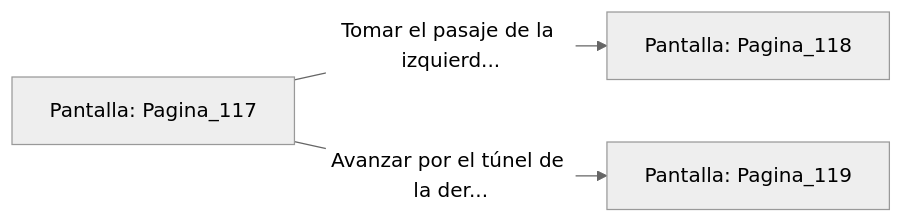
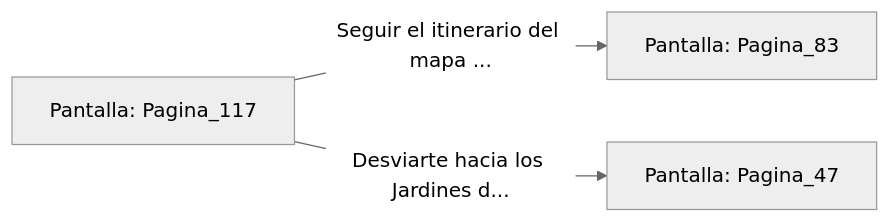
Before and after one commit to metsuke/mpl: the diagram in sample/eligejuego-vault/Pantalla_Pagina_117.md, drawn with Mermaid (neutral theme). The commit also changed other lines of this file and 635 other files, not shown here.

First line of the commit message:
fix: añadir Pagina_1 como pantalla inicial en capitulo_01.mpl

````diff
--- a/sample/eligejuego-vault/Pantalla_Pagina_117.md
+++ b/sample/eligejuego-vault/Pantalla_Pagina_117.md
@@ -20,6 +24,6 @@
 ```mermaid
 graph LR
     P_Pagina_117["Pantalla: Pagina_117"]
-    P_Pagina_117 -->|"Tomar el pasaje de la izquierd..."| P_Pagina_118["Pantalla: Pagina_118"]
-    P_Pagina_117 -->|"Avanzar por el túnel de la der..."| P_Pagina_119["Pantalla: Pagina_119"]
+    P_Pagina_117 -->|"Seguir el itinerario del mapa ..."| P_Pagina_83["Pantalla: Pagina_83"]
+    P_Pagina_117 -->|"Desviarte hacia los Jardines d..."| P_Pagina_47["Pantalla: Pagina_47"]
 ```
````
